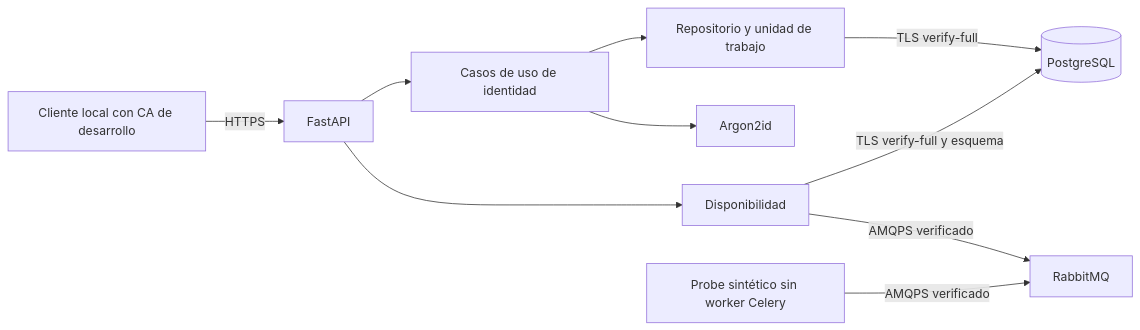
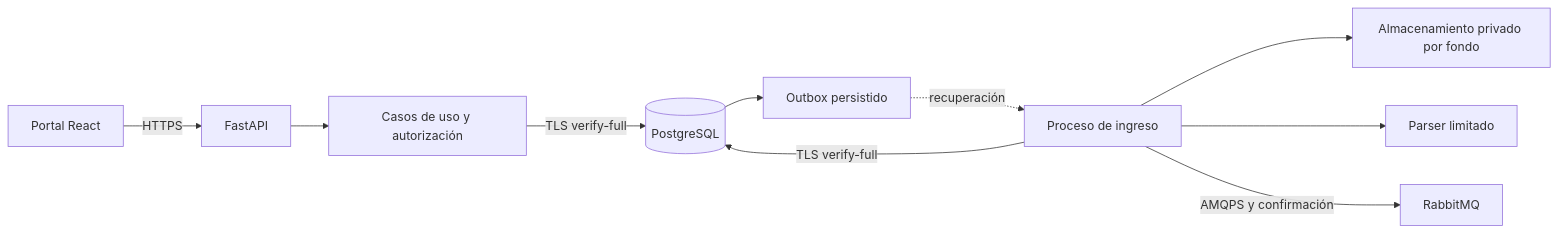
The diagram in docs/architecture.md (JHinestroza/Clasificacion-de-documentos-con-IA), drawn with Mermaid before and after one commit. The commit also changed other lines of this file and 52 other files, not shown here.

Commit message:
feat(ingestion): ingreso recuperable UFM con lotes permisos y cola TLS

````diff
--- a/docs/architecture.md
+++ b/docs/architecture.md
@@ -12,12 +11,12 @@
 ```mermaid
 flowchart LR
-    Client[Cliente local con CA de desarrollo] -->|HTTPS| API[FastAPI]
-    API --> Identity[Casos de uso de identidad]
-    Identity --> Repository[Repositorio y unidad de trabajo]
-    Identity --> Argon[Argon2id]
-    Repository -->|TLS verify-full| PG[(PostgreSQL)]
-    API --> Ready[Disponibilidad]
-    Ready -->|TLS verify-full y esquema| PG
-    Ready -->|AMQPS verificado| Rabbit[RabbitMQ]
-    Probe[Probe sintético sin worker Celery] -->|AMQPS verificado| Rabbit
+    Browser[Portal React] -->|HTTPS| API[FastAPI]
+    API --> UC[Casos de uso y autorización]
+    UC -->|TLS verify-full| PG[(PostgreSQL)]
+    Runner[Proceso de ingreso] -->|TLS verify-full| PG
+    Runner --> Files[Almacenamiento privado por fondo]
+    Runner --> Child[Parser limitado]
+    Runner -->|AMQPS y confirmación| Rabbit[RabbitMQ]
+    PG --> Outbox[Outbox persistido]
+    Outbox -. recuperación .-> Runner
 ```
````
